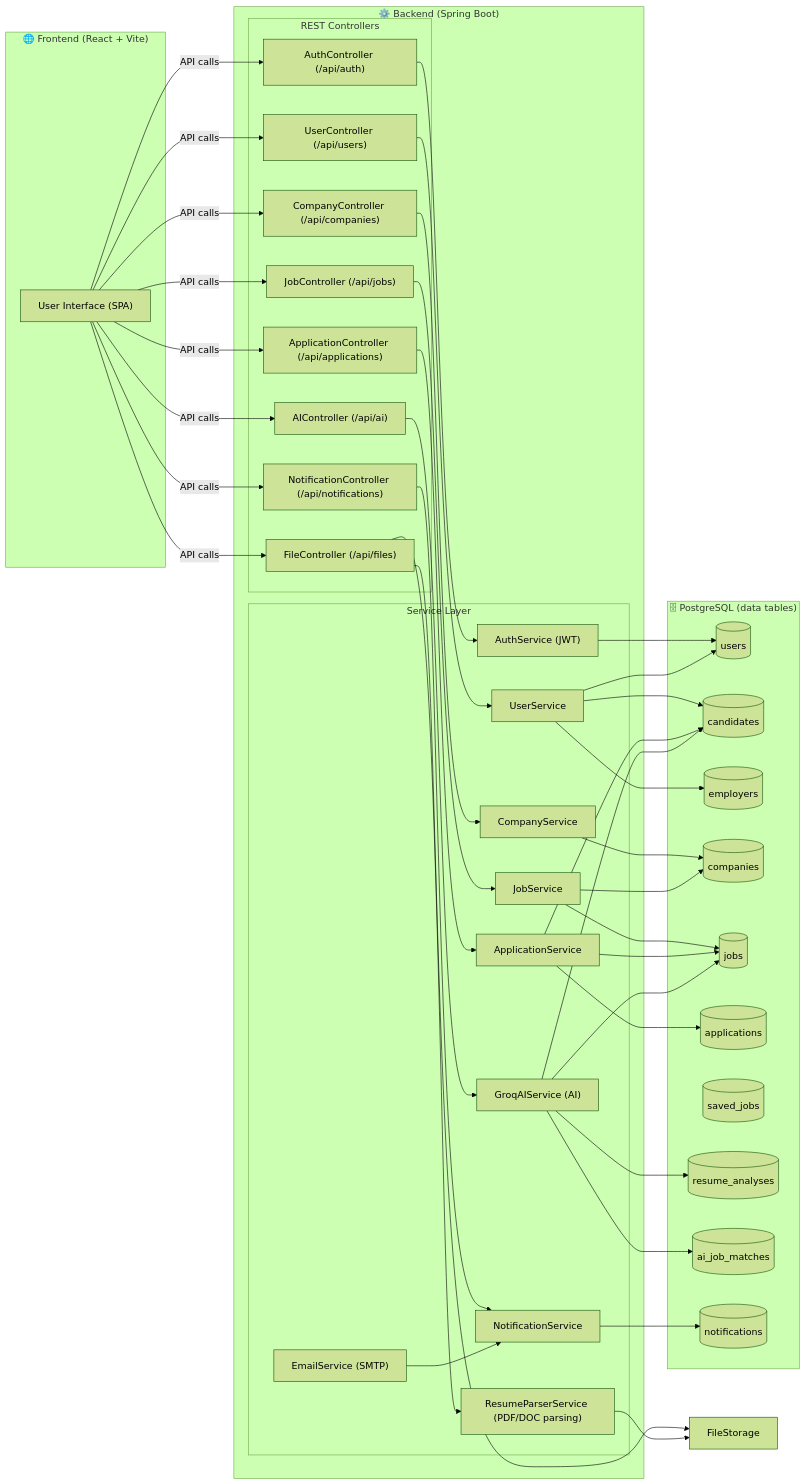
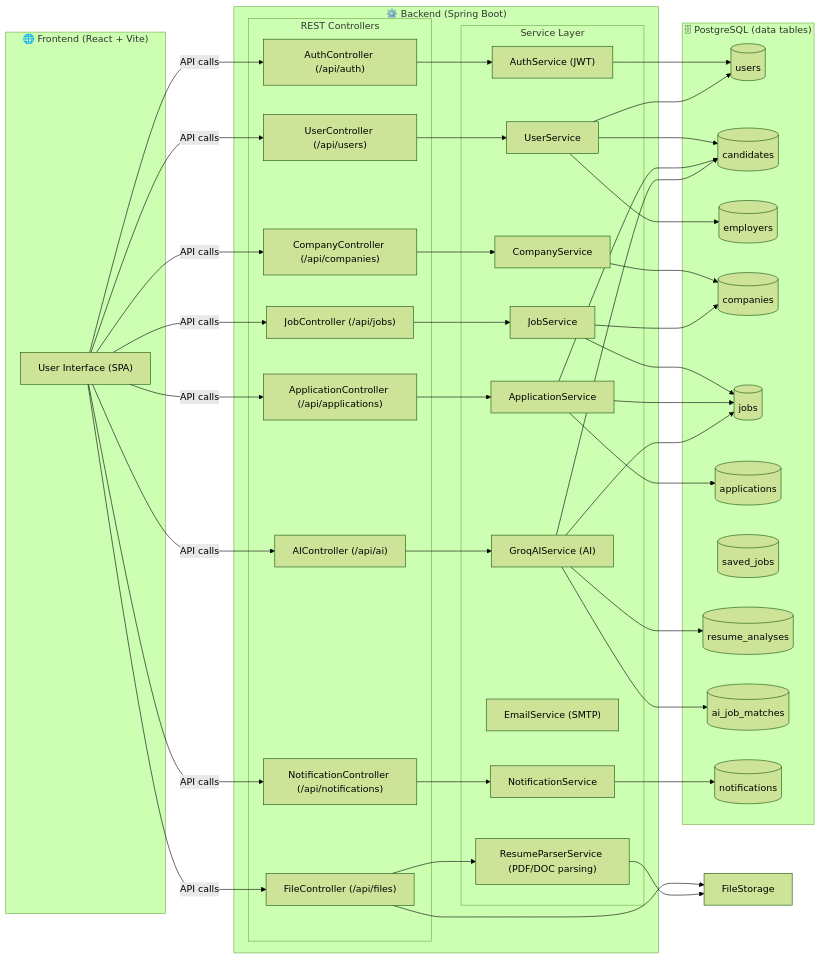
One commit to parthibCsaha/Job-Portal changed the first of 3 diagrams in README.md. Above: the diagram before and after it, drawn with Mermaid (forest theme).

````diff
--- a/README.md
+++ b/README.md
@@ -131,6 +131,5 @@
     GroqAIService --> Jobs
     GroqAIService --> Candidates
     NotificationService --> Notifications
-    EmailService --> NotificationService
 
 ```
````
